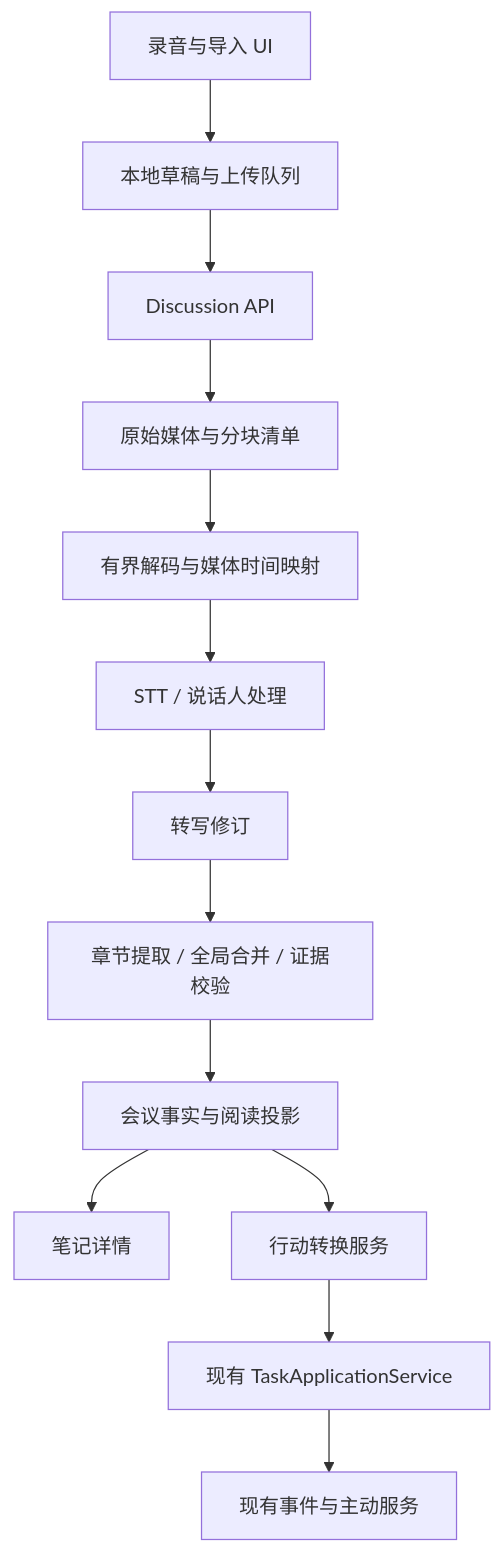
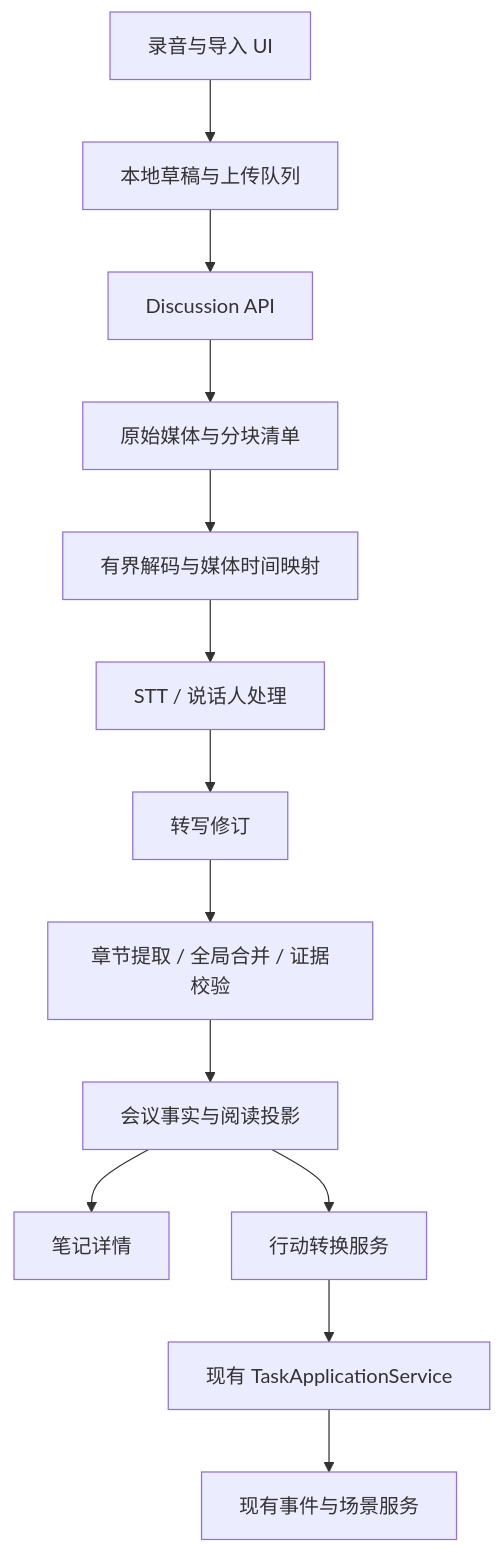
Before and after one commit to xopcai/xopc: the diagram in docs/design/voice-meeting-technical-design.md, drawn with Mermaid. The commit also changed 267 other files, not shown here.

````diff
--- a/docs/design/voice-meeting-technical-design.md
+++ b/docs/design/voice-meeting-technical-design.md
@@ -34,15 +34,15 @@
 ```mermaid
 flowchart TB
     UI[录音与导入 UI] --> Local[本地草稿与上传队列]
     Local --> API[Discussion API]
     API --> Media[原始媒体与分块清单]
     Media --> Decode[有界解码与媒体时间映射]
     Decode --> STT[STT / 说话人处理]
     STT --> Revisions[转写修订]
     Revisions --> Extract[章节提取 / 全局合并 / 证据校验]
     Extract --> Read[会议事实与阅读投影]
     Read --> Notes[笔记详情]
     Read --> Conversion[行动转换服务]
     Conversion --> Tasks[现有 TaskApplicationService]
-    Tasks --> Proactive[现有事件与主动服务]
+    Tasks --> Scene[现有事件与场景服务]
 ```
````
